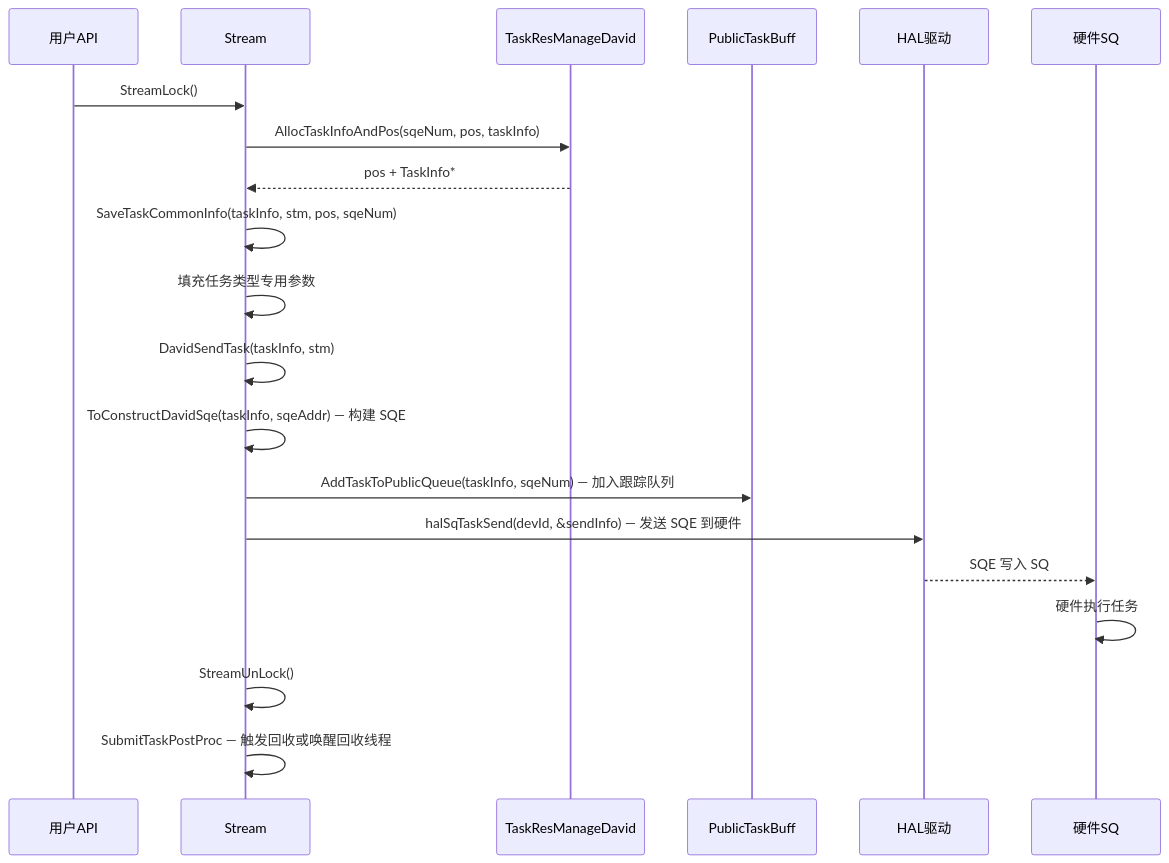
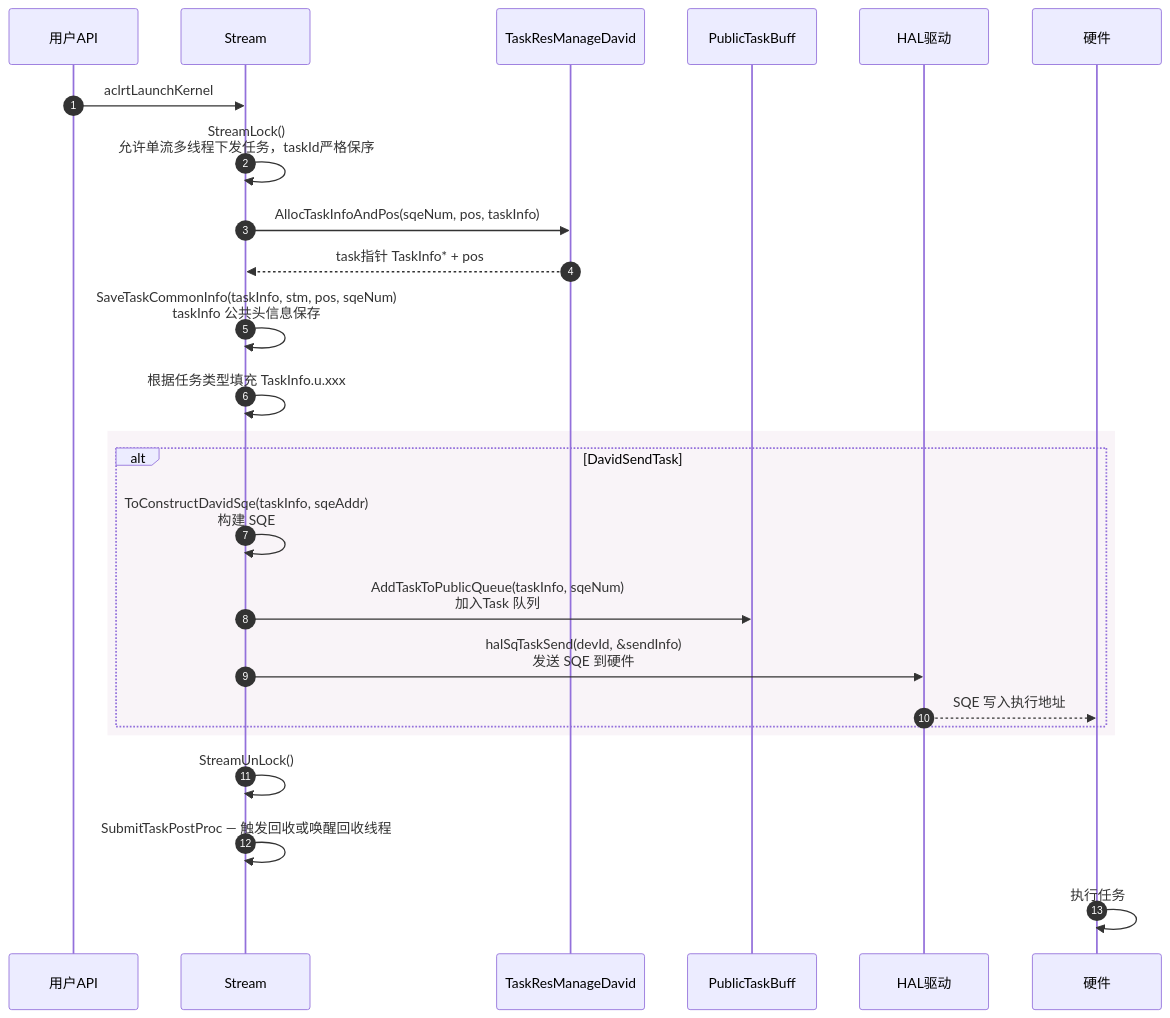
The third of 7 diagrams in docs/design/modules/task/task.md (18liumin/runtime), drawn with Mermaid before and after one commit. The commit also changed other lines of this file, not shown here.

````diff
--- a/docs/design/modules/task/task.md
+++ b/docs/design/modules/task/task.md
@@ -125,23 +125,30 @@
 ```mermaid
+
 sequenceDiagram
+    autonumber
     participant User as 用户API
     participant Stream as Stream
     participant TaskResMang as TaskResManageDavid
     participant PublicQueue as PublicTaskBuff
     participant Driver as HAL驱动
-    participant HW as 硬件SQ
+    participant HWTS as 硬件
 
-    User->>Stream: StreamLock()
+    User->>Stream: aclrtLaunchKernel
+    Stream->>Stream: StreamLock() <br/> 允许单流多线程下发任务，taskId严格保序
     Stream->>TaskResMang: AllocTaskInfoAndPos(sqeNum, pos, taskInfo)
-    TaskResMang-->>Stream: pos + TaskInfo*
-    Stream->>Stream: SaveTaskCommonInfo(taskInfo, stm, pos, sqeNum)
-    Stream->>Stream: 填充任务类型专用参数
-    Stream->>Stream: DavidSendTask(taskInfo, stm)
-    Stream->>Stream: ToConstructDavidSqe(taskInfo, sqeAddr) — 构建 SQE
-    Stream->>PublicQueue: AddTaskToPublicQueue(taskInfo, sqeNum) — 加入跟踪队列
-    Stream->>Driver: halSqTaskSend(devId, &sendInfo) — 发送 SQE 到硬件
-    Driver-->>HW: SQE 写入 SQ
-    HW->>HW: 硬件执行任务
+    TaskResMang-->>Stream: task指针 TaskInfo* + pos
+    Stream->>Stream: SaveTaskCommonInfo(taskInfo, stm, pos, sqeNum)  <br/> taskInfo 公共头信息保存
+    Stream->>Stream: 根据任务类型填充 TaskInfo.u.xxx
+    rect rgba(245, 237, 244, 0.62)
+        alt DavidSendTask
+            Stream->>Stream: ToConstructDavidSqe(taskInfo, sqeAddr) <br/> 构建 SQE
+            Stream->>PublicQueue: AddTaskToPublicQueue(taskInfo, sqeNum) <br/> 加入Task 队列
+            Stream->>Driver: halSqTaskSend(devId, &sendInfo) <br/> 发送 SQE 到硬件
+            Driver-->>HWTS: SQE 写入执行地址
+        end
+    end
     Stream->>Stream: StreamUnLock()
     Stream->>Stream: SubmitTaskPostProc — 触发回收或唤醒回收线程
+    HWTS->>HWTS: 执行任务
+
 ```
````
